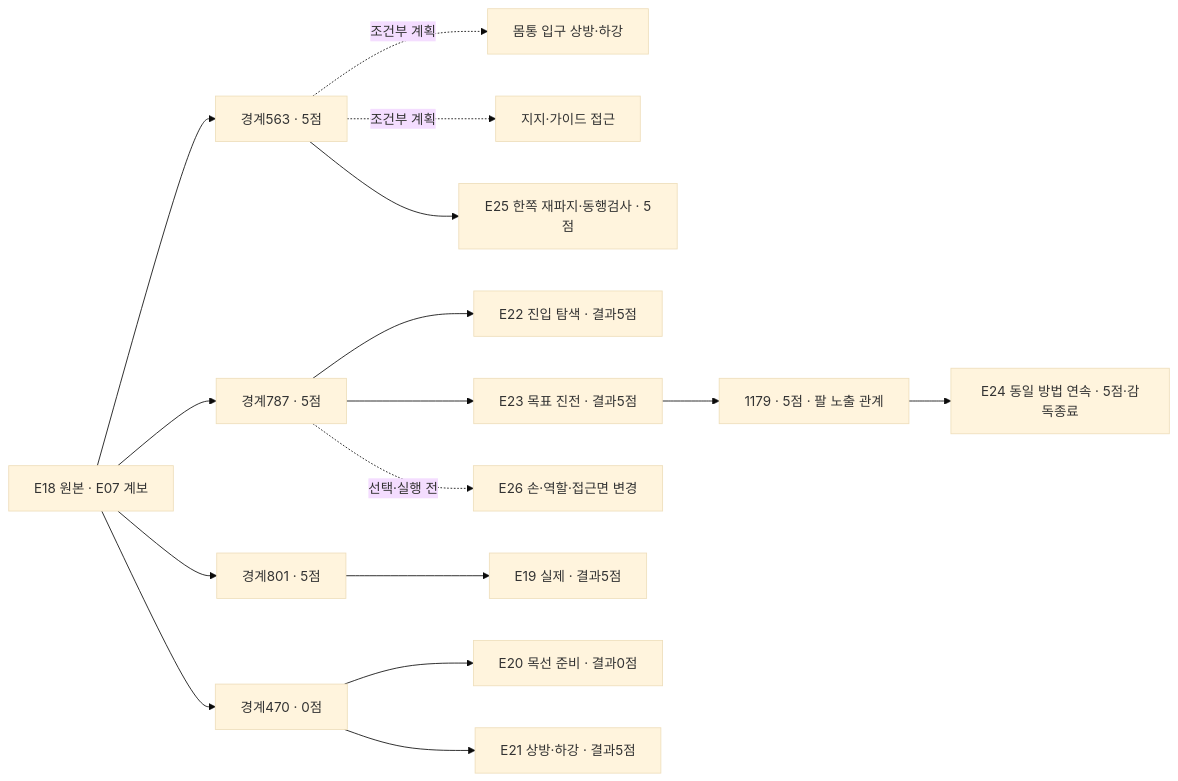
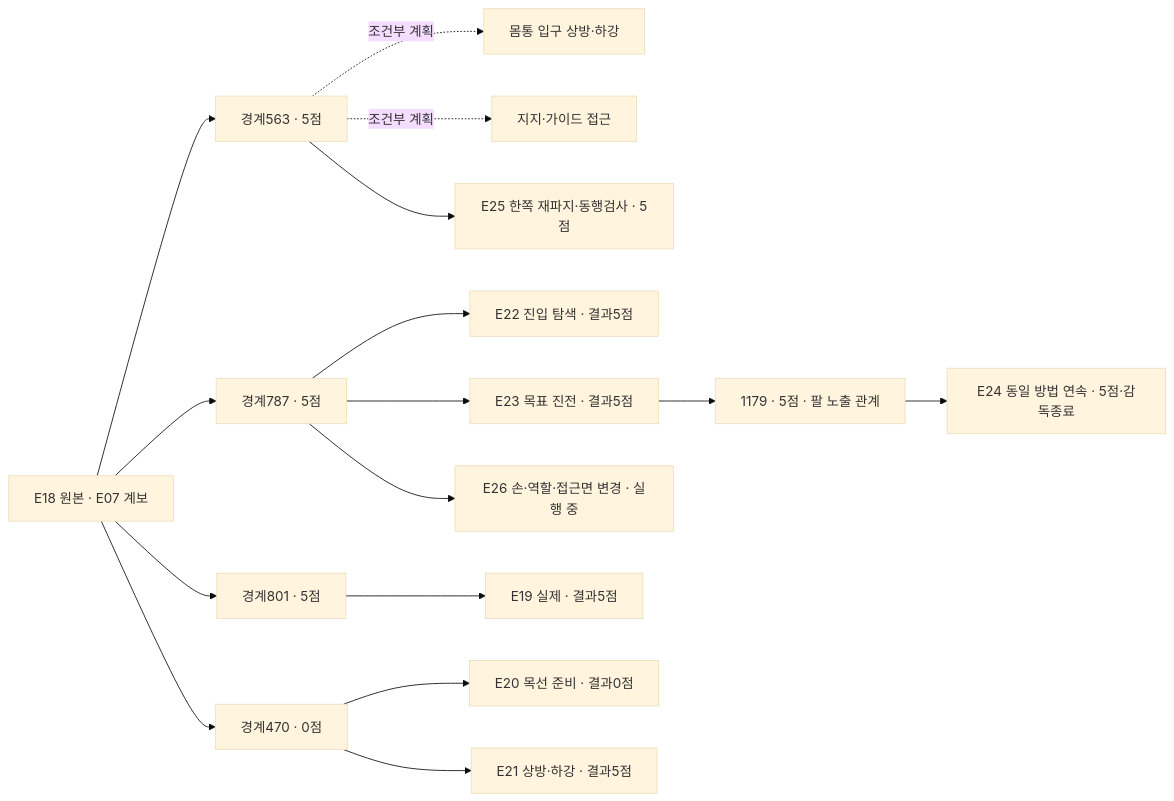
Before and after one commit to leonyoon-3dai/PhyRC_2027_phase1: the diagram in docs/collection/catalog/README.ko.md, drawn with Mermaid (base theme). The commit also changed other lines of this file and 10 other files, not shown here.

````diff
--- a/docs/collection/catalog/README.ko.md
+++ b/docs/collection/catalog/README.ko.md
@@ -26,18 +26,18 @@
 ```mermaid
 flowchart LR
   E18["E18 원본 · E07 계보"] --> P563["경계563 · 5점"]
   E18 --> P787["경계787 · 5점"]
   E18 --> P801["경계801 · 5점"]
   E18 --> P470["경계470 · 0점"]
   P563 -. "조건부 계획" .-> O["몸통 입구 상방·하강"]
   P563 -. "조건부 계획" .-> G["지지·가이드 접근"]
   P801 --> E19["E19 실제 · 결과5점"]
   P470 --> E20["E20 목선 준비 · 결과0점"]
   P470 --> E21["E21 상방·하강 · 결과5점"]
   P787 --> E22["E22 진입 탐색 · 결과5점"]
   P787 --> E23["E23 목표 진전 · 결과5점"]
   E23 --> P1179["1179 · 5점 · 팔 노출 관계"]
   P1179 --> E24["E24 동일 방법 연속 · 5점·감독종료"]
   P563 --> M1["E25 한쪽 재파지·동행검사 · 5점"]
-  P787 -. "선택·실행 전" .-> M2["E26 손·역할·접근면 변경"]
+  P787 --> M2["E26 손·역할·접근면 변경 · 실행 중"]
 ```
````
